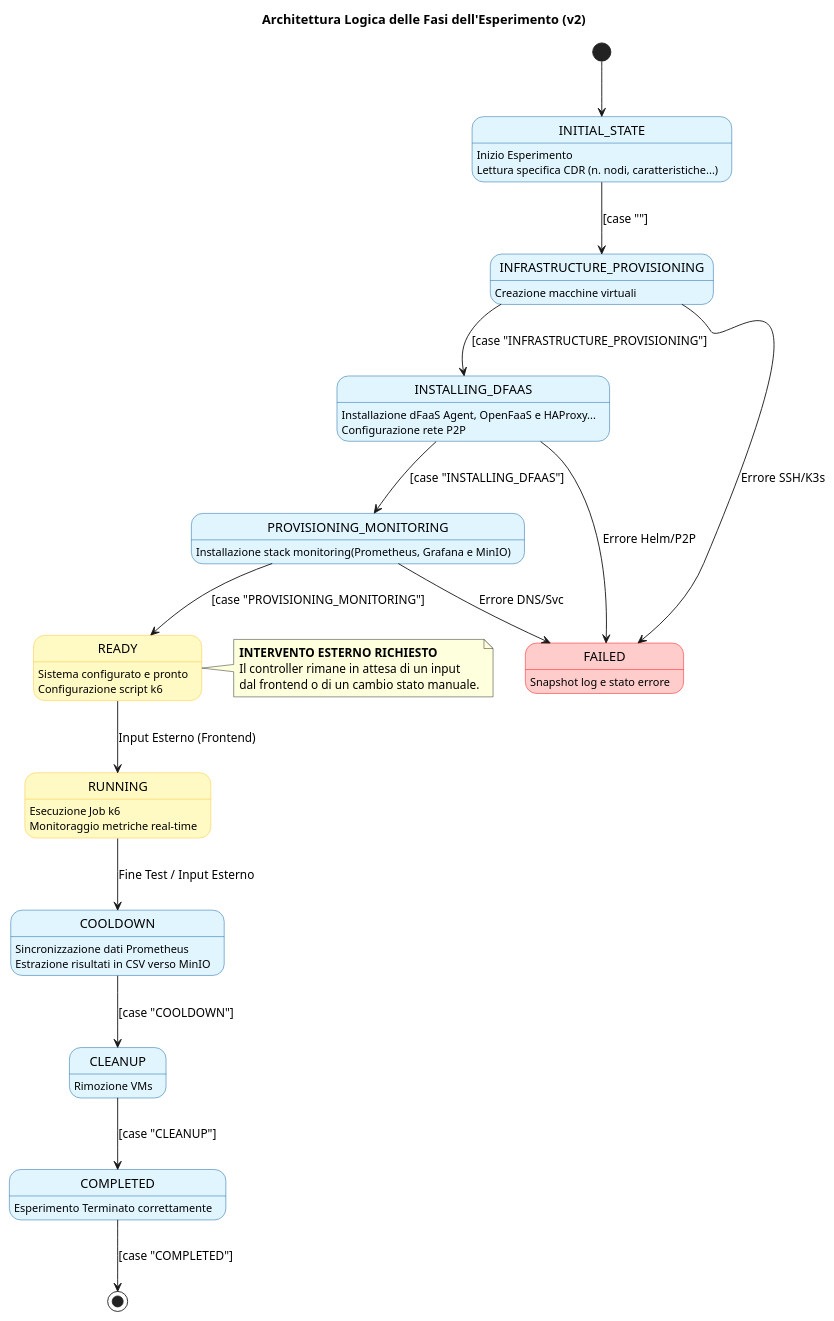
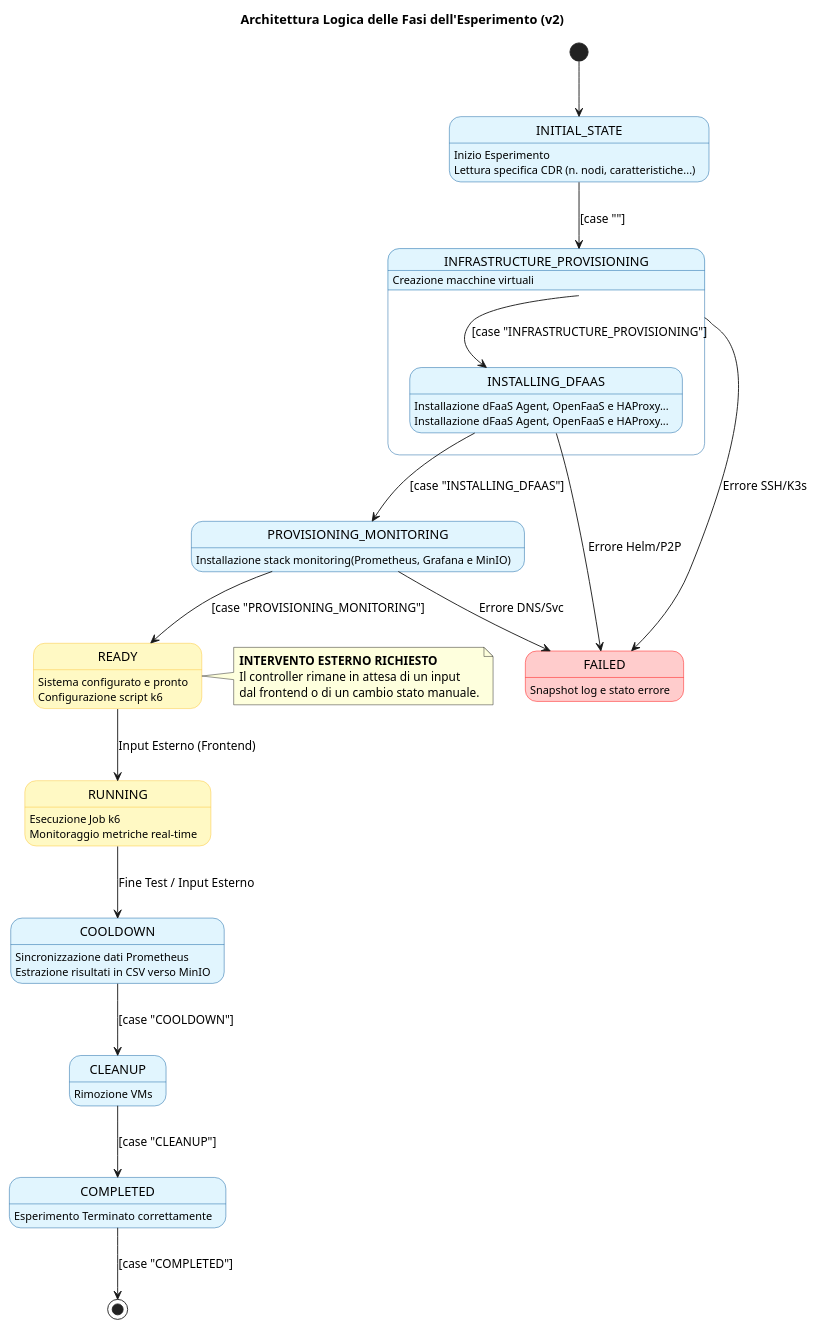
The diagram in UML/stati finiti.puml (isired01/DFaaSOperator), drawn with PlantUML before and after one commit. The commit also changed 14 other files, not shown here.

```diff
--- a/UML/stati finiti.puml
+++ b/UML/stati finiti.puml
@@ -1,87 +1,91 @@
 @startuml STATI
 skinparam backgroundColor #FFFFFF
 skinparam state {
   BackgroundColor #E1F5FE
   BorderColor #01579B
   BackgroundColor<<External>> #FFF9C4
   BorderColor<<External>> #FBC02D
   BackgroundColor<<Error>> #FFCCCC
   BorderColor<<Error>> #FF0000
 }
 
 title Architettura Logica delle Fasi dell'Esperimento (v2)
 
 [*] --> INITIAL_STATE
 
 state INITIAL_STATE {
   INITIAL_STATE : Inizio Esperimento
   INITIAL_STATE : Lettura specifica CDR (n. nodi, caratteristiche...)
 }
 
 state INFRASTRUCTURE_PROVISIONING {
   INFRASTRUCTURE_PROVISIONING : Creazione macchine virtuali
+  state INSTALLING_DFAAS {
+  INSTALLING_DFAAS : Installazione dFaaS Agent, OpenFaaS e HAProxy...
 }
 
-state INSTALLING_DFAAS {
+  state INSTALLING_DFAAS {
   INSTALLING_DFAAS : Installazione dFaaS Agent, OpenFaaS e HAProxy...
-  INSTALLING_DFAAS : Configurazione rete P2P
 }
+}
+
+
 
 state PROVISIONING_MONITORING {
   PROVISIONING_MONITORING : Installazione stack monitoring(Prometheus, Grafana e MinIO)
 }
 
 state READY <<External>> {
   READY : Sistema configurato e pronto
   READY : Configurazione script k6
 }
 
 note right of READY
   **INTERVENTO ESTERNO RICHIESTO**
   Il controller rimane in attesa di un input
   dal frontend o di un cambio stato manuale.
 end note
 
 state RUNNING <<External>> {
   RUNNING : Esecuzione Job k6
   RUNNING : Monitoraggio metriche real-time
 }
 
 state COOLDOWN {
   COOLDOWN : Sincronizzazione dati Prometheus
   COOLDOWN : Estrazione risultati in CSV verso MinIO
 }
 
 state CLEANUP {
   CLEANUP : Rimozione VMs
 }
 
 state COMPLETED {
   COMPLETED : Esperimento Terminato correttamente
 }
 
 ' Transizioni basate sullo Switch Case del Controller
 INITIAL_STATE --> INFRASTRUCTURE_PROVISIONING : [case ""]
 INFRASTRUCTURE_PROVISIONING --> INSTALLING_DFAAS : [case "INFRASTRUCTURE_PROVISIONING"]
 INSTALLING_DFAAS --> PROVISIONING_MONITORING : [case "INSTALLING_DFAAS"]
 PROVISIONING_MONITORING --> READY : [case "PROVISIONING_MONITORING"]
 
 ' Transizioni gestite esternamente (Frontend)
 READY --> RUNNING : Input Esterno (Frontend)
 RUNNING --> COOLDOWN : Fine Test / Input Esterno
 
 ' Ripresa flusso automatico per chiusura
 COOLDOWN --> CLEANUP : [case "COOLDOWN"]
 CLEANUP --> COMPLETED : [case "CLEANUP"]
 COMPLETED --> [*] : [case "COMPLETED"]
 
 ' Gestione Errori
 state FAILED <<Error>> {
   FAILED : Snapshot log e stato errore
 }
 
 INFRASTRUCTURE_PROVISIONING --> FAILED : Errore SSH/K3s
 INSTALLING_DFAAS --> FAILED : Errore Helm/P2P
 PROVISIONING_MONITORING --> FAILED : Errore DNS/Svc
 
 @enduml
```
